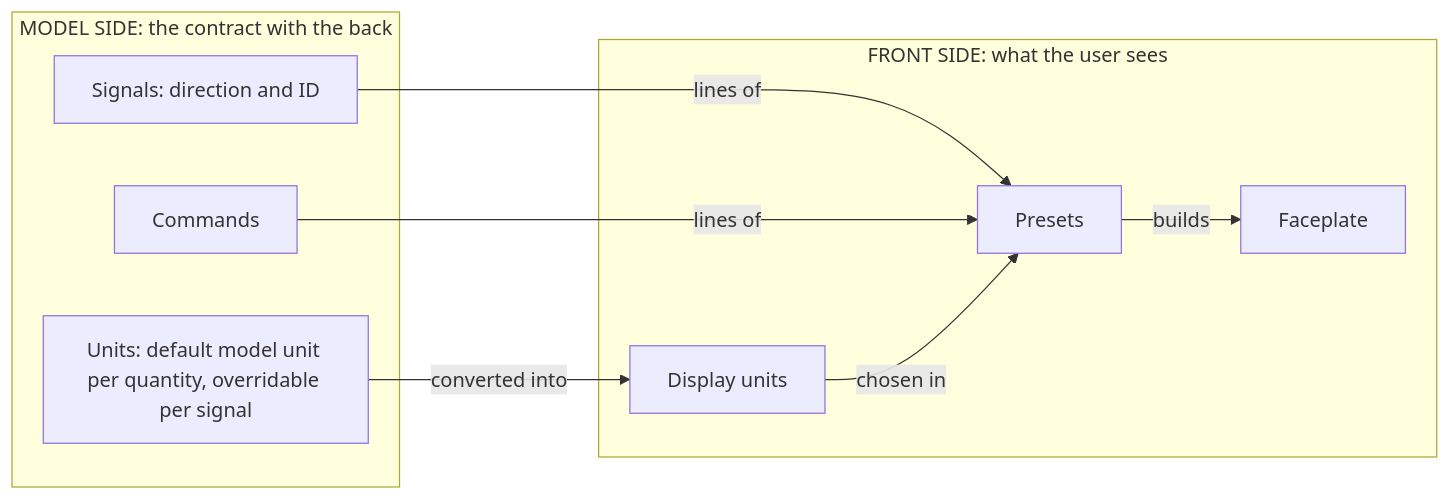
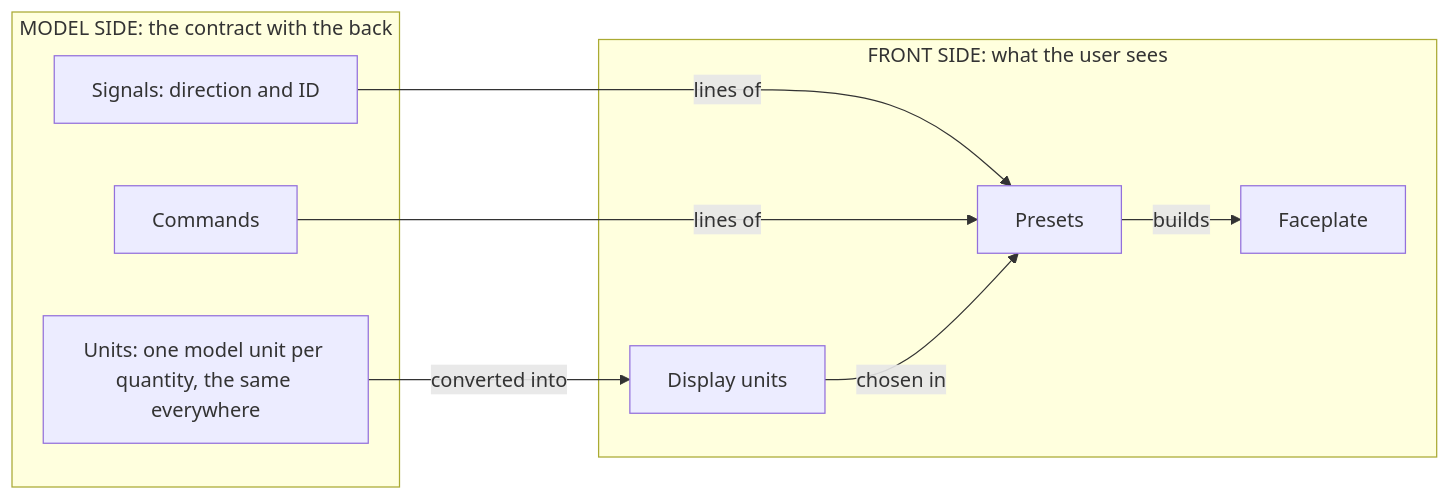
Before and after one commit to AlexandreGallais/synoptic-studio-spec: the second of 3 diagrams in metadata/README.md, drawn with Mermaid. The commit also changed other lines of this file and 12 other files, not shown here.

````diff
--- a/metadata/README.md
+++ b/metadata/README.md
@@ -29,18 +29,18 @@
 ```mermaid
 flowchart LR
     subgraph Model["MODEL SIDE: the contract with the back"]
         P["Signals: direction and ID"]
         C["Commands"]
-        N["Units: default model unit per quantity, overridable per signal"]
+        N["Units: one model unit per quantity, the same everywhere"]
     end
     subgraph Front["FRONT SIDE: what the user sees"]
         R["Presets"]
         U["Faceplate"]
         D["Display units"]
     end
     P -->|"lines of"| R
     C -->|"lines of"| R
     N -->|"converted into"| D
     D -->|"chosen in"| R
     R -->|"builds"| U
 ```
````
